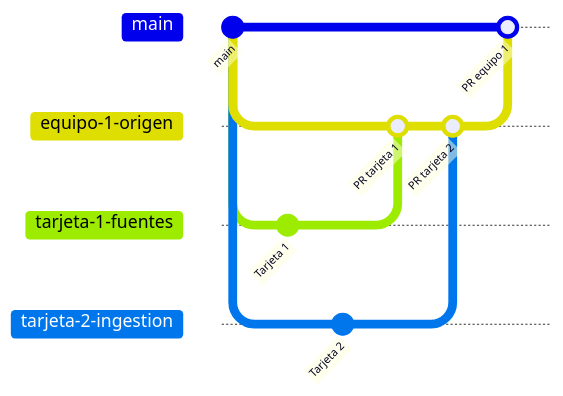
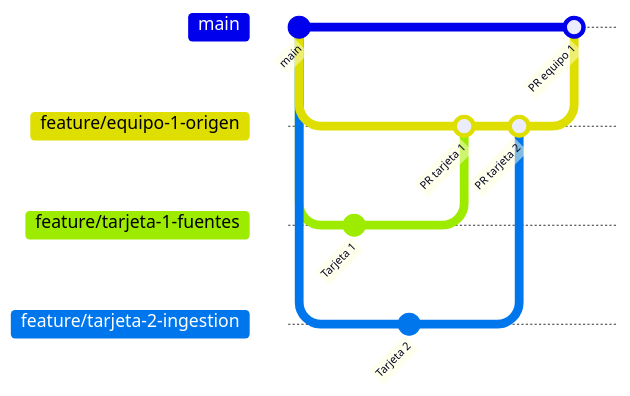
The diagram in README.md (Bootcamp-DA-P3/hello_world_from_PR-v2), drawn with Mermaid before and after one commit. The commit also changed other lines of this file and 11 other files, not shown here.

````diff
--- a/README.md
+++ b/README.md
@@ -126,16 +126,16 @@
 ```mermaid
 gitGraph
   commit id: "main"
-  branch equipo-1-origen
-  checkout equipo-1-origen
-  branch tarjeta-1-fuentes
+  branch feature/equipo-1-origen
+  checkout feature/equipo-1-origen
+  branch feature/tarjeta-1-fuentes
   commit id: "Tarjeta 1"
-  checkout equipo-1-origen
-  branch tarjeta-2-ingestion
+  checkout feature/equipo-1-origen
+  branch feature/tarjeta-2-ingestion
   commit id: "Tarjeta 2"
-  checkout equipo-1-origen
-  merge tarjeta-1-fuentes id: "PR tarjeta 1"
-  merge tarjeta-2-ingestion id: "PR tarjeta 2"
+  checkout feature/equipo-1-origen
+  merge feature/tarjeta-1-fuentes id: "PR tarjeta 1"
+  merge feature/tarjeta-2-ingestion id: "PR tarjeta 2"
   checkout main
-  merge equipo-1-origen id: "PR equipo 1"
+  merge feature/equipo-1-origen id: "PR equipo 1"
 ```
````
